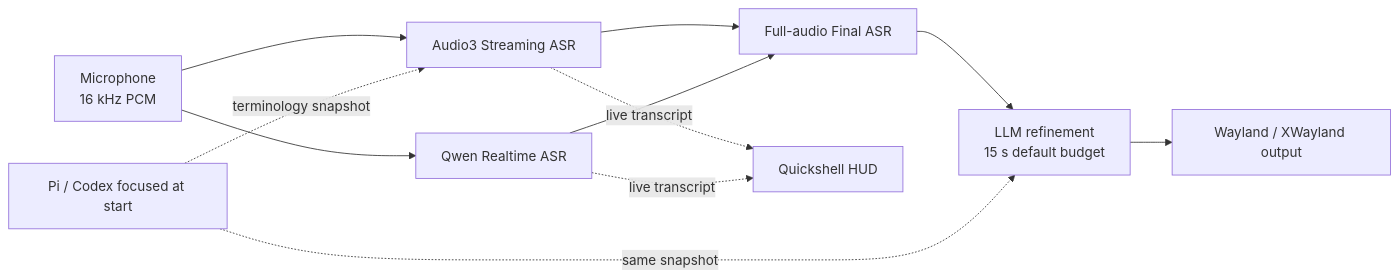
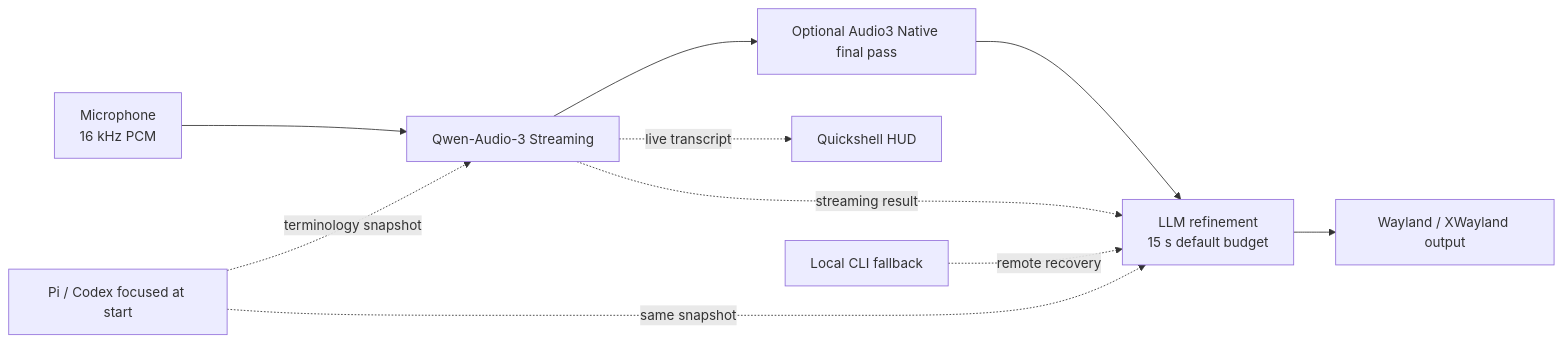
One commit to Saco93/voice-input changed the diagram in README.md. Above: the diagram before and after it, drawn with Mermaid. The commit also changed other lines of this file and 46 other files, not shown here.

````diff
--- a/README.md
+++ b/README.md
@@ -16,13 +16,12 @@
 ```mermaid
 flowchart LR
-    Mic[Microphone<br/>16 kHz PCM] --> A3[Audio3 Streaming ASR]
-    Mic --> QR[Qwen Realtime ASR]
-    A3 --> Final[Full-audio Final ASR]
-    QR --> Final
+    Mic[Microphone<br/>16 kHz PCM] --> A3[Qwen-Audio-3 Streaming]
+    A3 --> Final[Optional Audio3 Native final pass]
     Final --> LLM[LLM refinement<br/>15 s default budget]
+    A3 -. streaming result .-> LLM
     LLM --> Out[Wayland / XWayland output]
     A3 -. live transcript .-> HUD[Quickshell HUD]
-    QR -. live transcript .-> HUD
+    Local[Local CLI fallback] -. remote recovery .-> LLM
     Agent[Pi / Codex focused at start] -. terminology snapshot .-> A3
     Agent -. same snapshot .-> LLM
 ```
````
